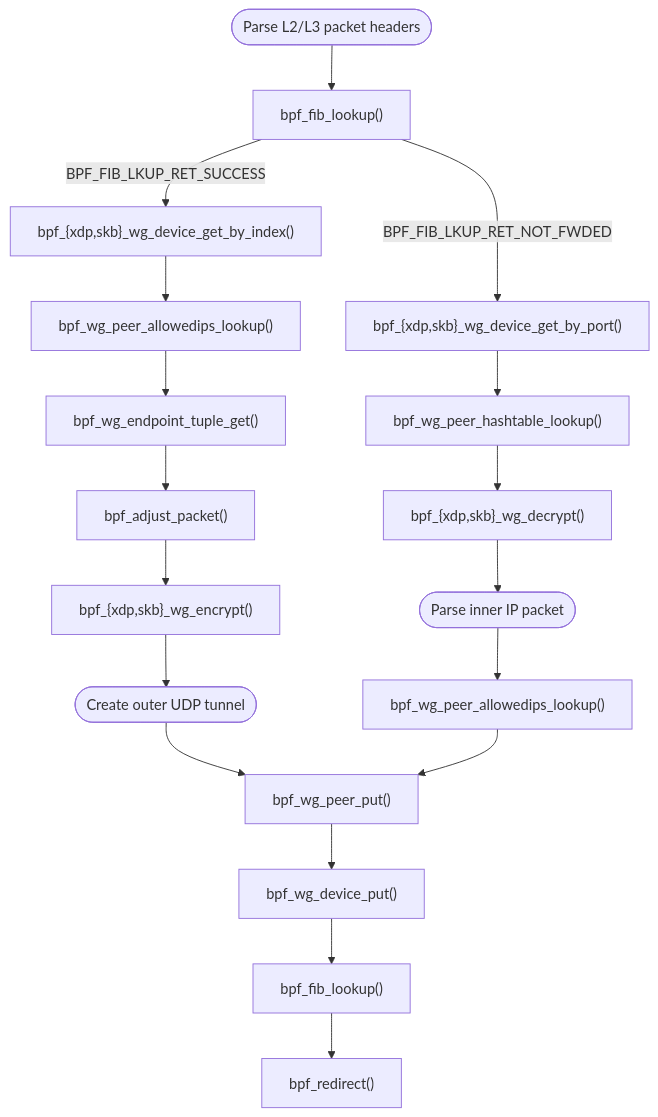
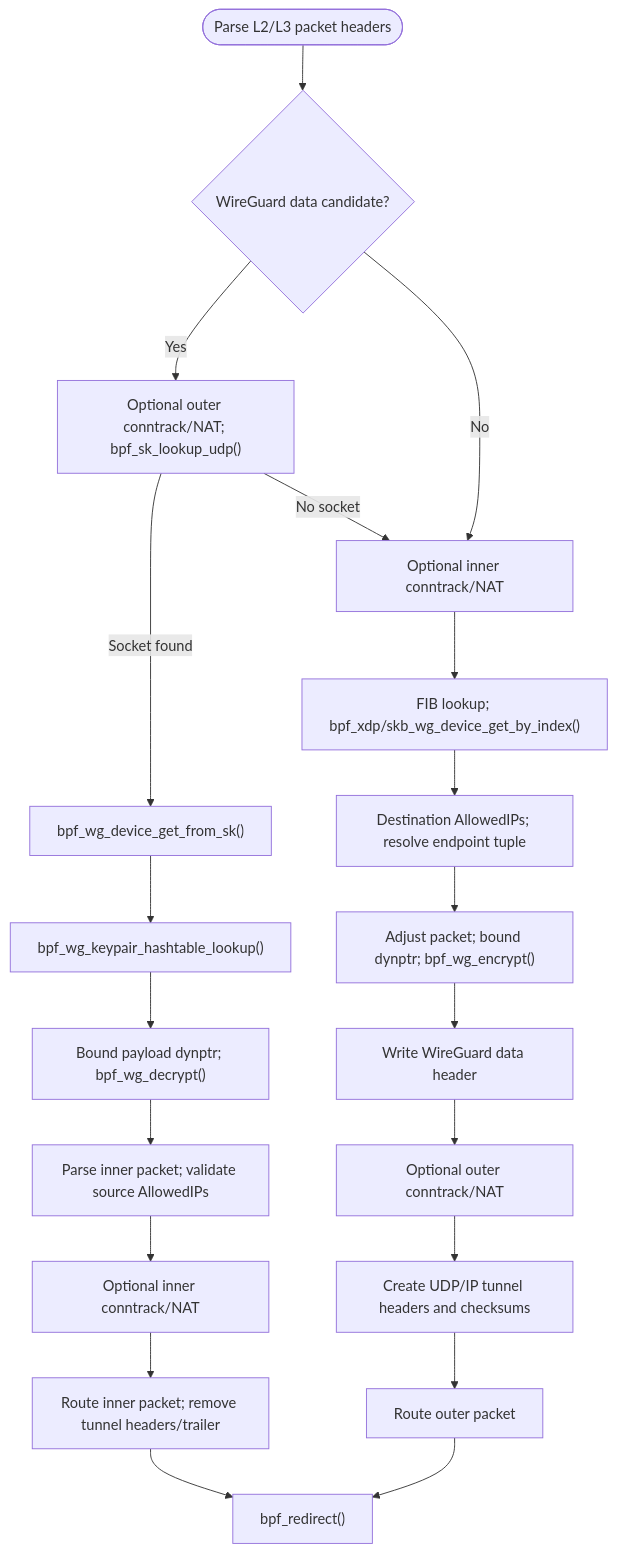
One commit to tk154/bpfwg changed the diagram in README.md. Above: the diagram before and after it, drawn with Mermaid. The commit also changed other lines of this file, not shown here.

````diff
--- a/README.md
+++ b/README.md
@@ -235,24 +267,23 @@
 ```mermaid
 flowchart TD
-    A([Parse L2/L3 packet headers]) --> B["bpf_fib_lookup()"]
+    A([Parse L2/L3 packet headers]) --> B{WireGuard data candidate?}
+    B -->|Yes| C["Optional outer conntrack/NAT; bpf_sk_lookup_udp()"]
+    C -->|Socket found| D["bpf_wg_device_get_from_sk()"]
+    D --> E["bpf_wg_keypair_hashtable_lookup()"]
+    E --> F["Bound payload dynptr; bpf_wg_decrypt()"]
+    F --> G["Parse inner packet; validate source AllowedIPs"]
+    G --> H[Optional inner conntrack/NAT]
+    H --> I["Route inner packet; remove tunnel headers/trailer"]
+    I --> R["bpf_redirect()"]
 
-    B --> |BPF_FIB_LKUP_RET_SUCCESS| C["bpf_{xdp,skb}_wg_device_get_by_index()"]
-    B --> |BPF_FIB_LKUP_RET_NOT_FWDED| D["bpf_{xdp,skb}_wg_device_get_by_port()"]
-
-    C --> C1["bpf_wg_peer_allowedips_lookup()"]
-    C1 --> C2["bpf_wg_endpoint_tuple_get()"]
-    C2 --> C3["bpf_adjust_packet()"]
-    C3 --> C4["bpf_{xdp,skb}_wg_encrypt()"]
-    C4 --> C5([Create outer UDP tunnel])
-
-    D --> D1["bpf_wg_peer_hashtable_lookup()"]
-    D1 --> D2["bpf_{xdp,skb}_wg_decrypt()"]
-    D2 --> D3([Parse inner IP packet])
-    D3 --> D4["bpf_wg_peer_allowedips_lookup()"]
-
-    C5 --> R["bpf_wg_peer_put()"]
-    D4 --> R
-    R --> S["bpf_wg_device_put()"]
-    S --> T["bpf_fib_lookup()"]
-    T --> U["bpf_redirect()"]
+    B -->|No| J[Optional inner conntrack/NAT]
+    C -->|No socket| J
+    J --> K["FIB lookup; bpf_xdp/skb_wg_device_get_by_index()"]
+    K --> L["Destination AllowedIPs; resolve endpoint tuple"]
+    L --> M["Adjust packet; bound dynptr; bpf_wg_encrypt()"]
+    M --> N[Write WireGuard data header]
+    N --> O[Optional outer conntrack/NAT]
+    O --> P[Create UDP/IP tunnel headers and checksums]
+    P --> Q[Route outer packet]
+    Q --> R
 ```
````
